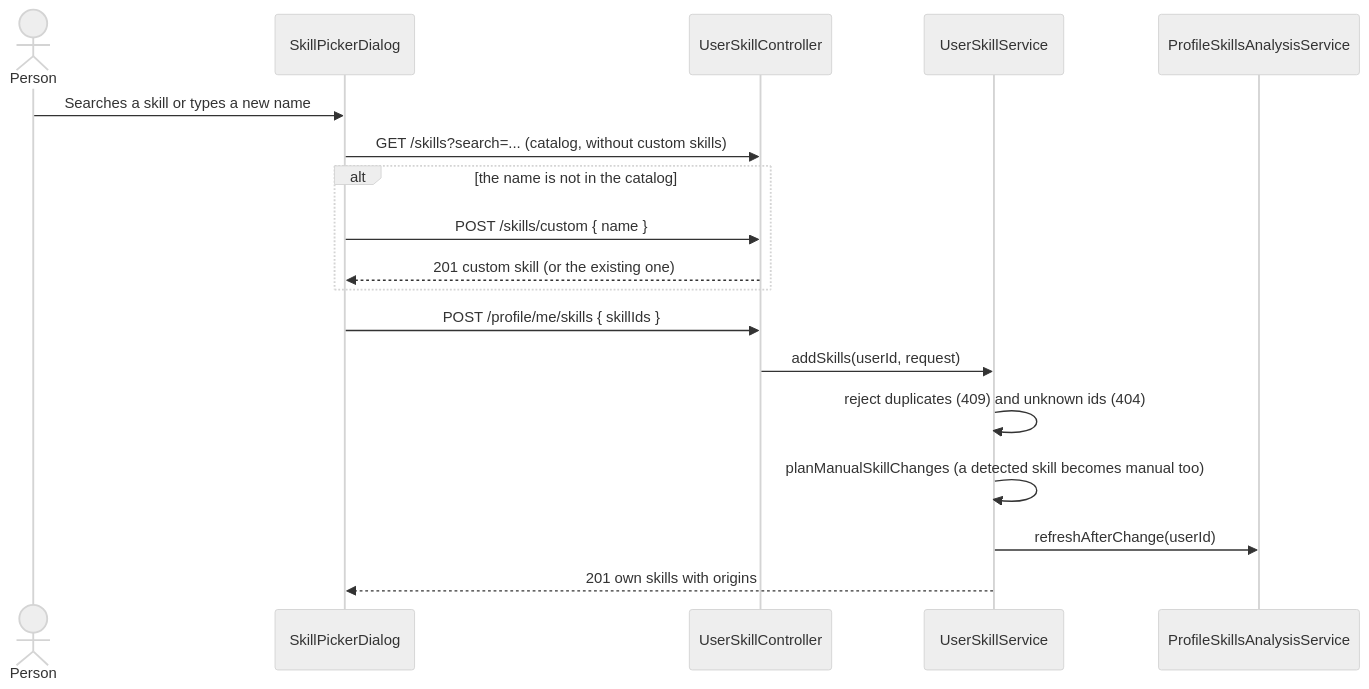
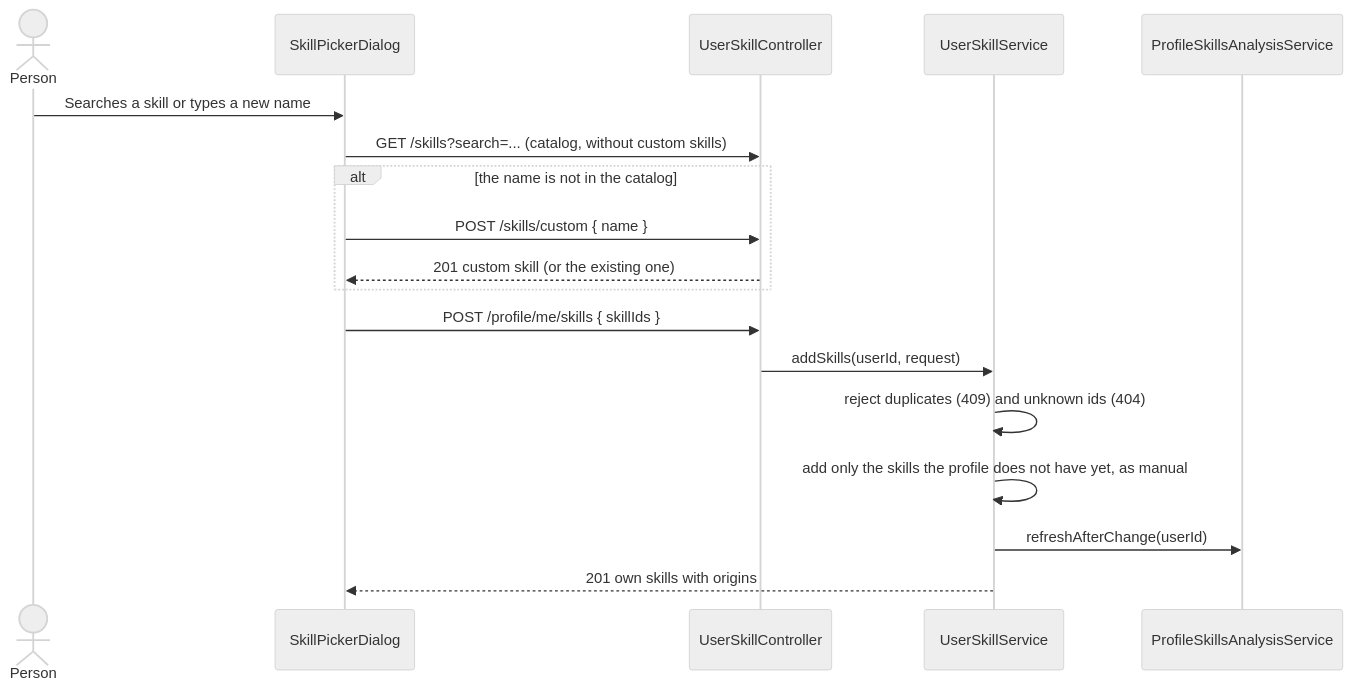
Before and after one commit to UMSSY/umssy-app: the second of 3 diagrams in docs/skills/README.md, drawn with Mermaid (neutral theme). The commit also changed other lines of this file and 28 other files, not shown here.

````diff
--- a/docs/skills/README.md
+++ b/docs/skills/README.md
@@ -53,20 +53,20 @@
 ```mermaid
 sequenceDiagram
   actor U as Person
   participant F as SkillPickerDialog
   participant C as UserSkillController
   participant S as UserSkillService
   participant N as ProfileSkillsAnalysisService
   U->>F: Searches a skill or types a new name
   F->>C: GET /skills?search=... (catalog, without custom skills)
   alt the name is not in the catalog
     F->>C: POST /skills/custom { name }
     C-->>F: 201 custom skill (or the existing one)
   end
   F->>C: POST /profile/me/skills { skillIds }
   C->>S: addSkills(userId, request)
   S->>S: reject duplicates (409) and unknown ids (404)
-  S->>S: planManualSkillChanges (a detected skill becomes manual too)
+  S->>S: add only the skills the profile does not have yet, as manual
   S->>N: refreshAfterChange(userId)
   S-->>F: 201 own skills with origins
 ```
````
